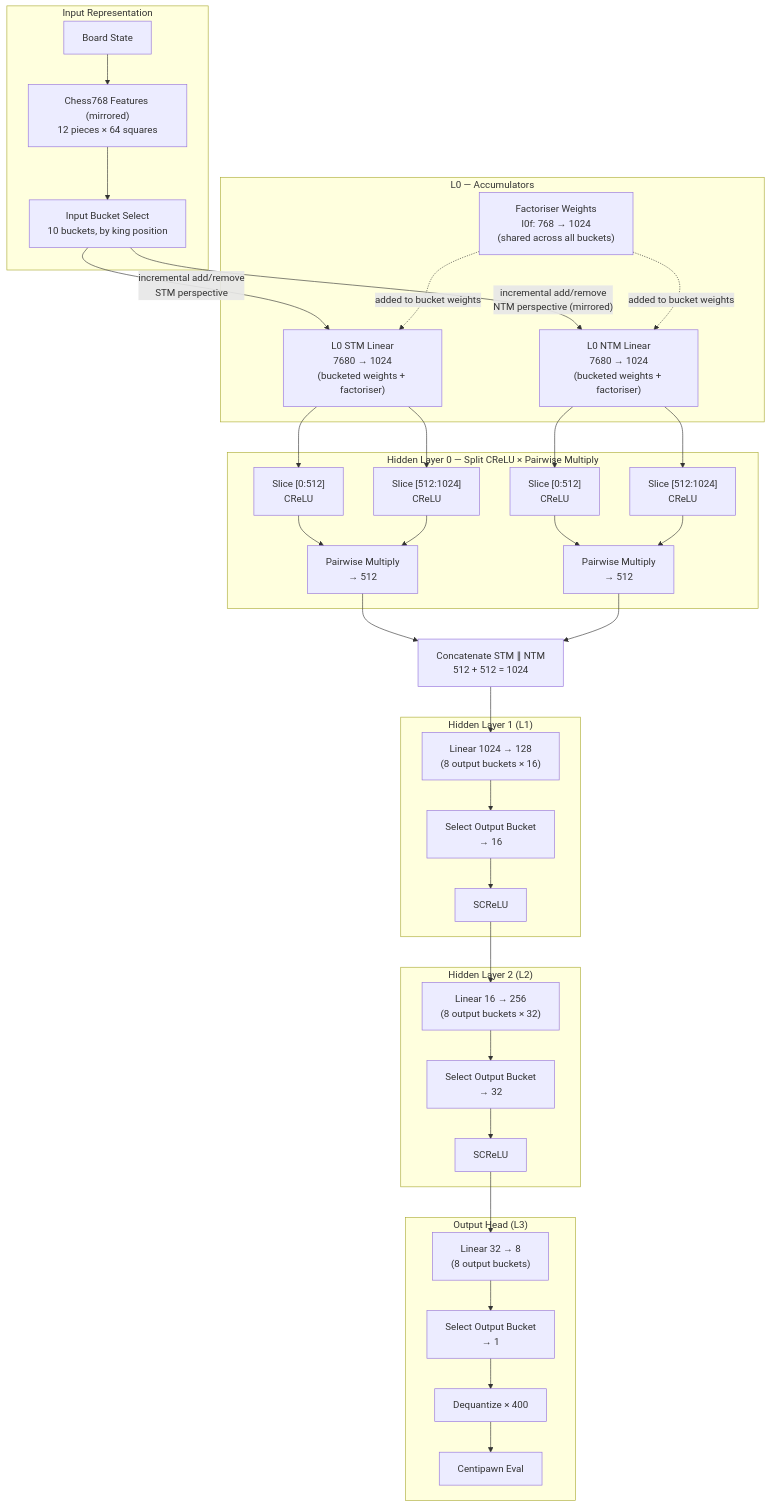
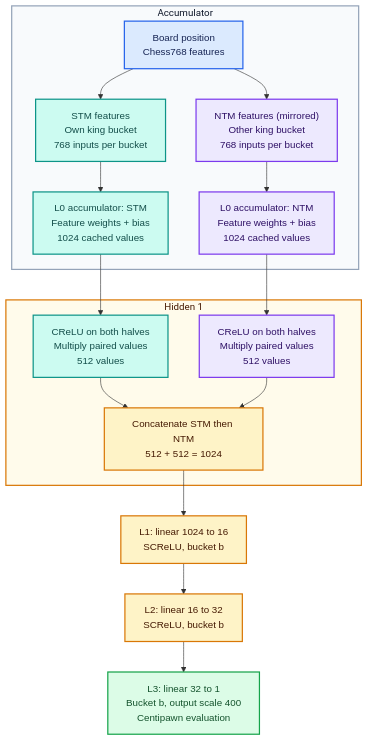
Before and after one commit to maxolek/tomahawk: the first of 3 diagrams in docs/nnue.md, drawn with Mermaid. The commit also changed other lines of this file and 35 other files, not shown here.

````diff
--- a/docs/nnue.md
+++ b/docs/nnue.md
@@ -11,66 +19,42 @@
 ```mermaid
-graph TD
+flowchart TB
+    subgraph ACC["Accumulator"]
+    BOARD["Board position<br/>Chess768 features"]
+    SF["STM features<br/>Own king bucket<br/>768 inputs per bucket"]
+    NF["NTM features (mirrored)<br/>Other king bucket<br/>768 inputs per bucket"]
+    SA["L0 accumulator: STM<br/>Feature weights + bias<br/>1024 cached values"]
+    NA["L0 accumulator: NTM<br/>Feature weights + bias<br/>1024 cached values"]
+    end
 
-subgraph INPUT["Input Representation"]
-    BOARD["Board State"]
-    FEAT["Chess768 Features (mirrored)<br/>12 pieces × 64 squares"]
-    IB["Input Bucket Select<br/>10 buckets, by king position"]
-    BOARD --> FEAT --> IB
-end
+    subgraph HIDDEN1["Hidden 1"]
+    SX["CReLU on both halves<br/>Multiply paired values<br/>512 values"]
+    NX["CReLU on both halves<br/>Multiply paired values<br/>512 values"]
+    CAT["Concatenate STM then NTM<br/>512 + 512 = 1024"]
+    end
 
-subgraph ACC["L0 — Accumulators"]
-    L0F["Factoriser Weights<br/>l0f: 768 → 1024<br/>(shared across all buckets)"]
-    L0S["L0 STM Linear<br/>7680 → 1024<br/>(bucketed weights + factoriser)"]
-    L0N["L0 NTM Linear<br/>7680 → 1024<br/>(bucketed weights + factoriser)"]
-end
+    L1["L1: linear 1024 to 16<br/>SCReLU, bucket b"]
+    L2["L2: linear 16 to 32<br/>SCReLU, bucket b"]
+    OUT["L3: linear 32 to 1<br/>Bucket b, output scale 400<br/>Centipawn evaluation"]
+    BOARD --> SF
+    BOARD --> NF
+    SF --> SA --> SX
+    NF --> NA --> NX
+    SX --> CAT
+    NX --> CAT
+    CAT --> L1 --> L2 --> OUT
 
-IB -->|"incremental add/remove<br/>STM perspective"| L0S
-IB -->|"incremental add/remove<br/>NTM perspective (mirrored)"| L0N
-L0F -.->|"added to bucket weights"| L0S
-L0F -.->|"added to bucket weights"| L0N
-
-subgraph H0["Hidden Layer 0 — Split CReLU × Pairwise Multiply"]
-    SS1["Slice [0:512]<br/>CReLU"]
-    SS2["Slice [512:1024]<br/>CReLU"]
-    SMUL["Pairwise Multiply<br/>→ 512"]
-    NS1["Slice [0:512]<br/>CReLU"]
-    NS2["Slice [512:1024]<br/>CReLU"]
-    NMUL["Pairwise Multiply<br/>→ 512"]
-end
-
-L0S --> SS1
-L0S --> SS2
-SS1 --> SMUL
-SS2 --> SMUL
-
-L0N --> NS1
-L0N --> NS2
-NS1 --> NMUL
-NS2 --> NMUL
-
-CAT["Concatenate STM ∥ NTM<br/>512 + 512 = 1024"]
-SMUL --> CAT
-NMUL --> CAT
-
-subgraph H1["Hidden Layer 1 (L1)"]
-    L1["Linear 1024 → 128<br/>(8 output buckets × 16)"]
-    SEL1["Select Output Bucket<br/>→ 16"]
-    ACT1["SCReLU"]
-end
-CAT --> L1 --> SEL1 --> ACT1
-
-subgraph H2["Hidden Layer 2 (L2)"]
-    L2["Linear 16 → 256<br/>(8 output buckets × 32)"]
-    SEL2["Select Output Bucket<br/>→ 32"]
-    ACT2["SCReLU"]
-end
-ACT1 --> L2 --> SEL2 --> ACT2
-
-subgraph OUT["Output Head (L3)"]
-    L3["Linear 32 → 8<br/>(8 output buckets)"]
-    SEL3["Select Output Bucket<br/>→ 1"]
-    SCALE["Dequantize × 400"]
-    EVAL["Centipawn Eval"]
-end
-ACT2 --> L3 --> SEL3 --> SCALE --> EVAL
+    classDef default font-family:Arial;
+    classDef input fill:#dbeafe,stroke:#2563eb,color:#172554,stroke-width:2px;
+    classDef stm fill:#ccfbf1,stroke:#0d9488,color:#134e4a,stroke-width:2px;
+    classDef ntm fill:#ede9fe,stroke:#7c3aed,color:#2e1065,stroke-width:2px;
+    classDef dense fill:#fef3c7,stroke:#d97706,color:#451a03,stroke-width:2px;
+    classDef output fill:#dcfce7,stroke:#16a34a,color:#14532d,stroke-width:2px;
+    class BOARD input;
+    class SF,SA,SX stm;
+    class NF,NA,NX ntm;
+    class CAT dense;
+    class OUT output;
+    class L1,L2 dense;
+    style ACC fill:#f8fafc,stroke:#94a3b8,color:#0f172a,stroke-width:2px
+    style HIDDEN1 fill:#fffbeb,stroke:#d97706,color:#451a03,stroke-width:2px
 ```
````
